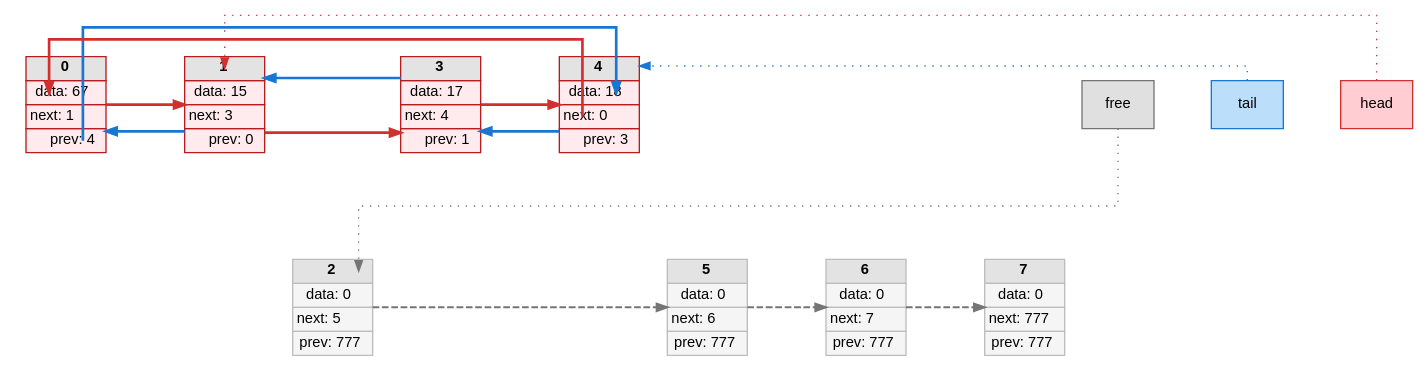
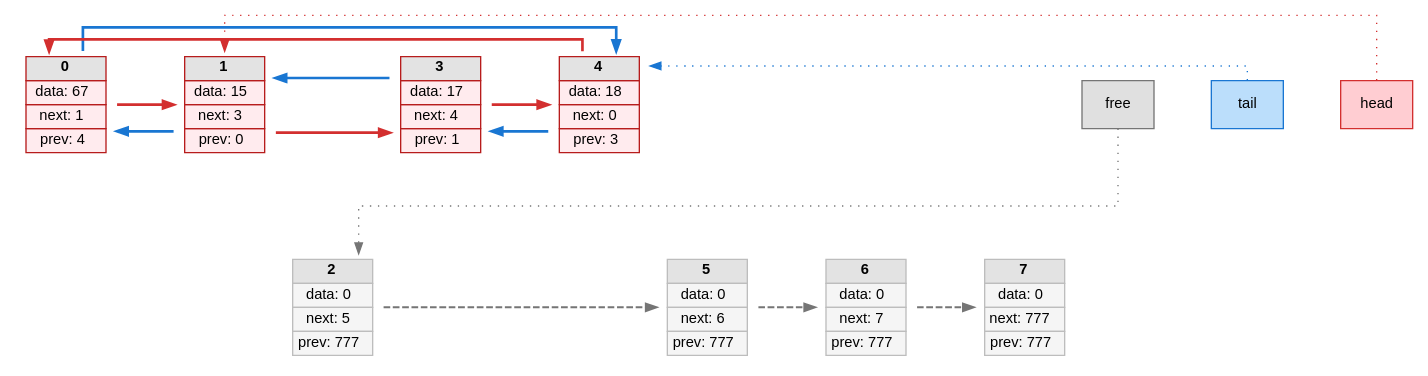
One commit to molushkax/lists changed the diagram in list.dot. Above: the diagram before and after it, drawn with Graphviz. The commit also changed 4 other files, not shown here.

```diff
--- a/list.dot
+++ b/list.dot
@@ -1,117 +1,117 @@
 digraph list {
   rankdir=TB;
   splines=ortho;
   nodesep=0.6;
   ranksep=1.0;
   node [shape=none, fontname="Helvetica", fontsize=11];
   edge [fontname="Helvetica", fontsize=10, arrowsize=0.8];
 
   n0 [label=<
     <TABLE BORDER="0" CELLBORDER="1" CELLSPACING="0" BGCOLOR="#FFEBEE" COLOR="#B71C1C">
       <TR><TD PORT="idx" BGCOLOR="#E3E3E3" WIDTH="40"><B>0</B></TD></TR>
       <TR><TD PORT="data" WIDTH="60">data: 67</TD></TR>
-      <TR><TD PORT="next" ALIGN="LEFT" WIDTH="60">next: 1</TD></TR>
-      <TR><TD PORT="prev" ALIGN="RIGHT" WIDTH="60">prev: 4</TD></TR>
+      <TR><TD PORT="next" WIDTH="60">next: 1</TD></TR>
+      <TR><TD PORT="prev" WIDTH="60">prev: 4</TD></TR>
     </TABLE>
   >];
 
   n1 [label=<
     <TABLE BORDER="0" CELLBORDER="1" CELLSPACING="0" BGCOLOR="#FFEBEE" COLOR="#B71C1C">
       <TR><TD PORT="idx" BGCOLOR="#E3E3E3" WIDTH="40"><B>1</B></TD></TR>
       <TR><TD PORT="data" WIDTH="60">data: 15</TD></TR>
-      <TR><TD PORT="next" ALIGN="LEFT" WIDTH="60">next: 3</TD></TR>
-      <TR><TD PORT="prev" ALIGN="RIGHT" WIDTH="60">prev: 0</TD></TR>
+      <TR><TD PORT="next" WIDTH="60">next: 3</TD></TR>
+      <TR><TD PORT="prev" WIDTH="60">prev: 0</TD></TR>
     </TABLE>
   >];
 
   n2 [label=<
     <TABLE BORDER="0" CELLBORDER="1" CELLSPACING="0" BGCOLOR="#F5F5F5" COLOR="#BDBDBD">
       <TR><TD PORT="idx" BGCOLOR="#E3E3E3" WIDTH="40"><B>2</B></TD></TR>
       <TR><TD PORT="data" WIDTH="60">data: 0</TD></TR>
-      <TR><TD PORT="next" ALIGN="LEFT" WIDTH="60">next: 5</TD></TR>
-      <TR><TD PORT="prev" ALIGN="RIGHT" WIDTH="60">prev: 777</TD></TR>
+      <TR><TD PORT="next" WIDTH="60">next: 5</TD></TR>
+      <TR><TD PORT="prev" WIDTH="60">prev: 777</TD></TR>
     </TABLE>
   >];
 
   n3 [label=<
     <TABLE BORDER="0" CELLBORDER="1" CELLSPACING="0" BGCOLOR="#FFEBEE" COLOR="#B71C1C">
       <TR><TD PORT="idx" BGCOLOR="#E3E3E3" WIDTH="40"><B>3</B></TD></TR>
       <TR><TD PORT="data" WIDTH="60">data: 17</TD></TR>
-      <TR><TD PORT="next" ALIGN="LEFT" WIDTH="60">next: 4</TD></TR>
-      <TR><TD PORT="prev" ALIGN="RIGHT" WIDTH="60">prev: 1</TD></TR>
+      <TR><TD PORT="next" WIDTH="60">next: 4</TD></TR>
+      <TR><TD PORT="prev" WIDTH="60">prev: 1</TD></TR>
     </TABLE>
   >];
 
   n4 [label=<
     <TABLE BORDER="0" CELLBORDER="1" CELLSPACING="0" BGCOLOR="#FFEBEE" COLOR="#B71C1C">
       <TR><TD PORT="idx" BGCOLOR="#E3E3E3" WIDTH="40"><B>4</B></TD></TR>
       <TR><TD PORT="data" WIDTH="60">data: 18</TD></TR>
-      <TR><TD PORT="next" ALIGN="LEFT" WIDTH="60">next: 0</TD></TR>
-      <TR><TD PORT="prev" ALIGN="RIGHT" WIDTH="60">prev: 3</TD></TR>
+      <TR><TD PORT="next" WIDTH="60">next: 0</TD></TR>
+      <TR><TD PORT="prev" WIDTH="60">prev: 3</TD></TR>
     </TABLE>
   >];
 
   n5 [label=<
     <TABLE BORDER="0" CELLBORDER="1" CELLSPACING="0" BGCOLOR="#F5F5F5" COLOR="#BDBDBD">
       <TR><TD PORT="idx" BGCOLOR="#E3E3E3" WIDTH="40"><B>5</B></TD></TR>
       <TR><TD PORT="data" WIDTH="60">data: 0</TD></TR>
-      <TR><TD PORT="next" ALIGN="LEFT" WIDTH="60">next: 6</TD></TR>
-      <TR><TD PORT="prev" ALIGN="RIGHT" WIDTH="60">prev: 777</TD></TR>
+      <TR><TD PORT="next" WIDTH="60">next: 6</TD></TR>
+      <TR><TD PORT="prev" WIDTH="60">prev: 777</TD></TR>
     </TABLE>
   >];
 
   n6 [label=<
     <TABLE BORDER="0" CELLBORDER="1" CELLSPACING="0" BGCOLOR="#F5F5F5" COLOR="#BDBDBD">
       <TR><TD PORT="idx" BGCOLOR="#E3E3E3" WIDTH="40"><B>6</B></TD></TR>
       <TR><TD PORT="data" WIDTH="60">data: 0</TD></TR>
-      <TR><TD PORT="next" ALIGN="LEFT" WIDTH="60">next: 7</TD></TR>
-      <TR><TD PORT="prev" ALIGN="RIGHT" WIDTH="60">prev: 777</TD></TR>
+      <TR><TD PORT="next" WIDTH="60">next: 7</TD></TR>
+      <TR><TD PORT="prev" WIDTH="60">prev: 777</TD></TR>
     </TABLE>
   >];
 
   n7 [label=<
     <TABLE BORDER="0" CELLBORDER="1" CELLSPACING="0" BGCOLOR="#F5F5F5" COLOR="#BDBDBD">
       <TR><TD PORT="idx" BGCOLOR="#E3E3E3" WIDTH="40"><B>7</B></TD></TR>
       <TR><TD PORT="data" WIDTH="60">data: 0</TD></TR>
-      <TR><TD PORT="next" ALIGN="LEFT" WIDTH="60">next: 777</TD></TR>
-      <TR><TD PORT="prev" ALIGN="RIGHT" WIDTH="60">prev: 777</TD></TR>
+      <TR><TD PORT="next" WIDTH="60">next: 777</TD></TR>
+      <TR><TD PORT="prev" WIDTH="60">prev: 777</TD></TR>
     </TABLE>
   >];
 
   phantom2 [shape=point, style=invis, width=0, height=0];
   phantom5 [shape=point, style=invis, width=0, height=0];
   phantom6 [shape=point, style=invis, width=0, height=0];
   phantom7 [shape=point, style=invis, width=0, height=0];
   { rank=same; n0; n1; phantom2; n3; n4; phantom5; phantom6; phantom7; }
   { rank=same; n2; n5; n6; n7; }
 
   phantom2 -> n2 [style=invis, weight=100];
   phantom5 -> n5 [style=invis, weight=100];
   phantom6 -> n6 [style=invis, weight=100];
   phantom7 -> n7 [style=invis, weight=100];
   n0 -> n1 [style=invis, weight=10];
   n1 -> phantom2 [style=invis, weight=10];
   phantom2 -> n3 [style=invis, weight=10];
   n3 -> n4 [style=invis, weight=10];
   n4 -> phantom5 [style=invis, weight=10];
   phantom5 -> phantom6 [style=invis, weight=10];
   phantom6 -> phantom7 [style=invis, weight=10];
-  n0:next:e -> n1:data:w [style=bold, color="#D32F2F", penwidth=2, constraint=false];
-  n1:next:e -> n3:data:w [style=bold, color="#D32F2F", penwidth=2, constraint=false];
-  n3:next:e -> n4:data:w [style=bold, color="#D32F2F", penwidth=2, constraint=false];
-  n4:next:e -> n0:data:w [style=bold, color="#D32F2F", penwidth=2, constraint=false];
-  n0:prev:w -> n4:data:e [style=bold, color="#1976D2", penwidth=2, constraint=false];
-  n1:prev:w -> n0:data:e [style=bold, color="#1976D2", penwidth=2, constraint=false];
-  n3:prev:w -> n1:data:e [style=bold, color="#1976D2", penwidth=2, constraint=false];
-  n4:prev:w -> n3:data:e [style=bold, color="#1976D2", penwidth=2, constraint=false];
-  n2:next:e -> n5:data:w [style=dashed, color="#757575", penwidth=1.5, constraint=false];
-  n5:next:e -> n6:data:w [style=dashed, color="#757575", penwidth=1.5, constraint=false];
-  n6:next:e -> n7:data:w [style=dashed, color="#757575", penwidth=1.5, constraint=false];
+  n0 -> n1 [style=bold, color="#D32F2F", penwidth=2, constraint=false];
+  n1 -> n3 [style=bold, color="#D32F2F", penwidth=2, constraint=false];
+  n3 -> n4 [style=bold, color="#D32F2F", penwidth=2, constraint=false];
+  n4 -> n0 [style=bold, color="#D32F2F", penwidth=2, constraint=false];
+  n0 -> n4 [style=bold, color="#1976D2", penwidth=2, constraint=false];
+  n1 -> n0 [style=bold, color="#1976D2", penwidth=2, constraint=false];
+  n3 -> n1 [style=bold, color="#1976D2", penwidth=2, constraint=false];
+  n4 -> n3 [style=bold, color="#1976D2", penwidth=2, constraint=false];
+  n2 -> n5 [style=dashed, color="#757575", penwidth=1.5, constraint=false];
+  n5 -> n6 [style=dashed, color="#757575", penwidth=1.5, constraint=false];
+  n6 -> n7 [style=dashed, color="#757575", penwidth=1.5, constraint=false];
 
   head_label [shape=box, style="filled", fillcolor="#FFCDD2", color="#D32F2F", label="head"];
   tail_label [shape=box, style="filled", fillcolor="#BBDEFB", color="#1976D2", label="tail"];
   free_label [shape=box, style="filled", fillcolor="#E0E0E0", color="#757575", label="free"];
-  head_label -> n1:idx:w [style=dotted, color="#D32F2F", constraint=false];
-  tail_label -> n4:idx:e [style=dotted, color="#1976D2", constraint=false];
-  free_label -> n2:idx:w [style=dotted, color="#757575", constraint=false];
+  head_label -> n1 [style=dotted, color="#D32F2F", constraint=false];
+  tail_label -> n4 [style=dotted, color="#1976D2", constraint=false];
+  free_label -> n2 [style=dotted, color="#757575", constraint=false];
 }
```
